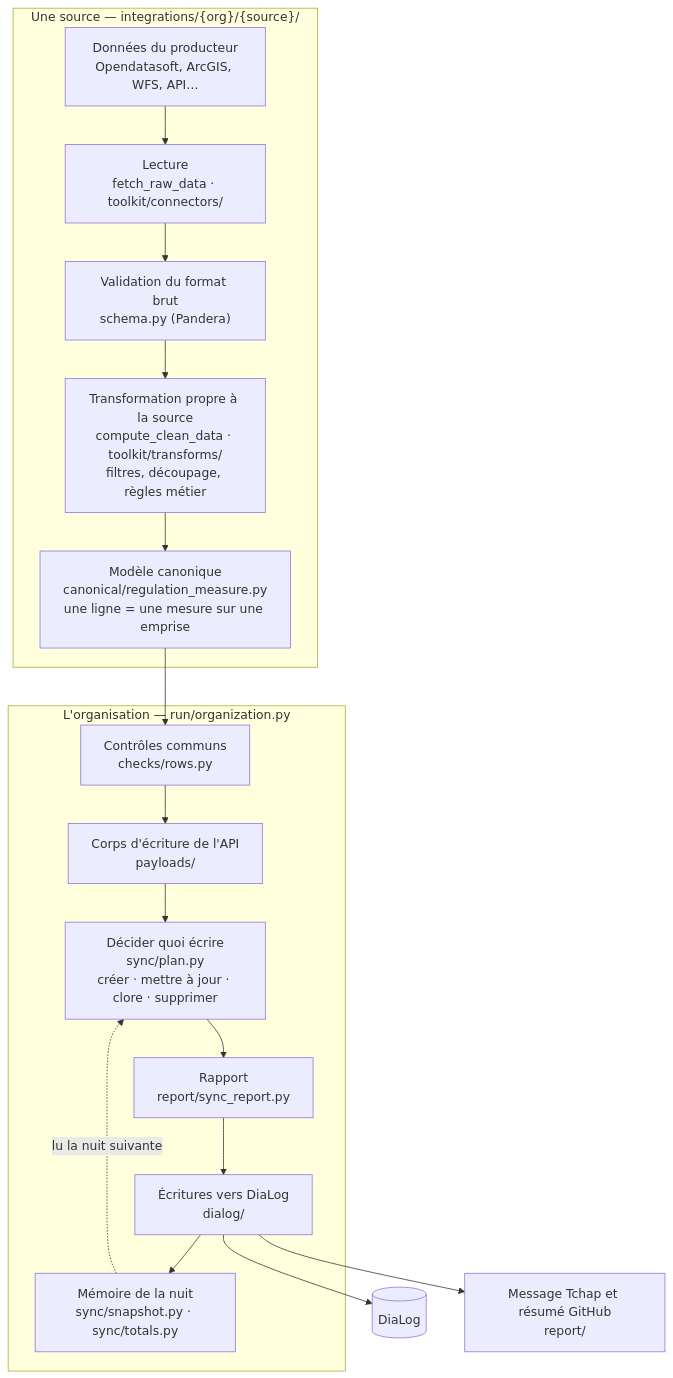
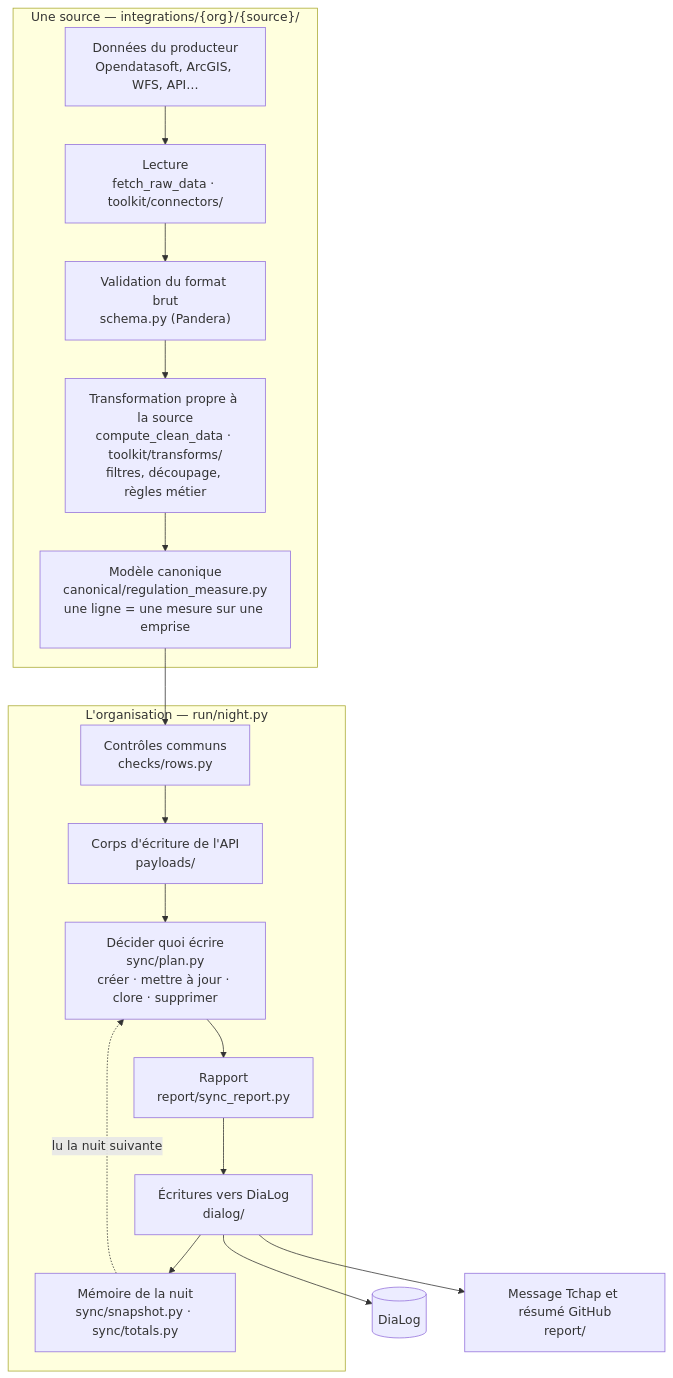
Before and after one commit to MTES-MCT/dialog-integrations: the first of 2 diagrams in docs/architecture.md, drawn with Mermaid. The commit also changed other lines of this file and 7 other files, not shown here.

First line of the commit message:
refactor: split the organization's run into one file per step

````diff
--- a/docs/architecture.md
+++ b/docs/architecture.md
@@ -14,26 +14,26 @@
 ```mermaid
 flowchart TD
     subgraph SRC["Une source — integrations/{org}/{source}/"]
         A["Données du producteur<br/>Opendatasoft, ArcGIS, WFS, API…"]
         B["Lecture<br/>fetch_raw_data · toolkit/connectors/"]
         C["Validation du format brut<br/>schema.py (Pandera)"]
         D["Transformation propre à la source<br/>compute_clean_data · toolkit/transforms/<br/>filtres, découpage, règles métier"]
         E["Modèle canonique<br/>canonical/regulation_measure.py<br/>une ligne = une mesure sur une emprise"]
         A --> B --> C --> D --> E
     end
 
-    subgraph ORG["L'organisation — run/organization.py"]
+    subgraph ORG["L'organisation — run/night.py"]
         F["Contrôles communs<br/>checks/rows.py"]
         G["Corps d'écriture de l'API<br/>payloads/"]
         H["Décider quoi écrire<br/>sync/plan.py<br/>créer · mettre à jour · clore · supprimer"]
         I["Rapport<br/>report/sync_report.py"]
         J["Écritures vers DiaLog<br/>dialog/"]
         K["Mémoire de la nuit<br/>sync/snapshot.py · sync/totals.py"]
         F --> G --> H --> I --> J --> K
     end
 
     E --> F
     J --> L[("DiaLog")]
     K -.->|"lu la nuit suivante"| H
     J --> M["Message Tchap et résumé GitHub<br/>report/"]
 ```
````
